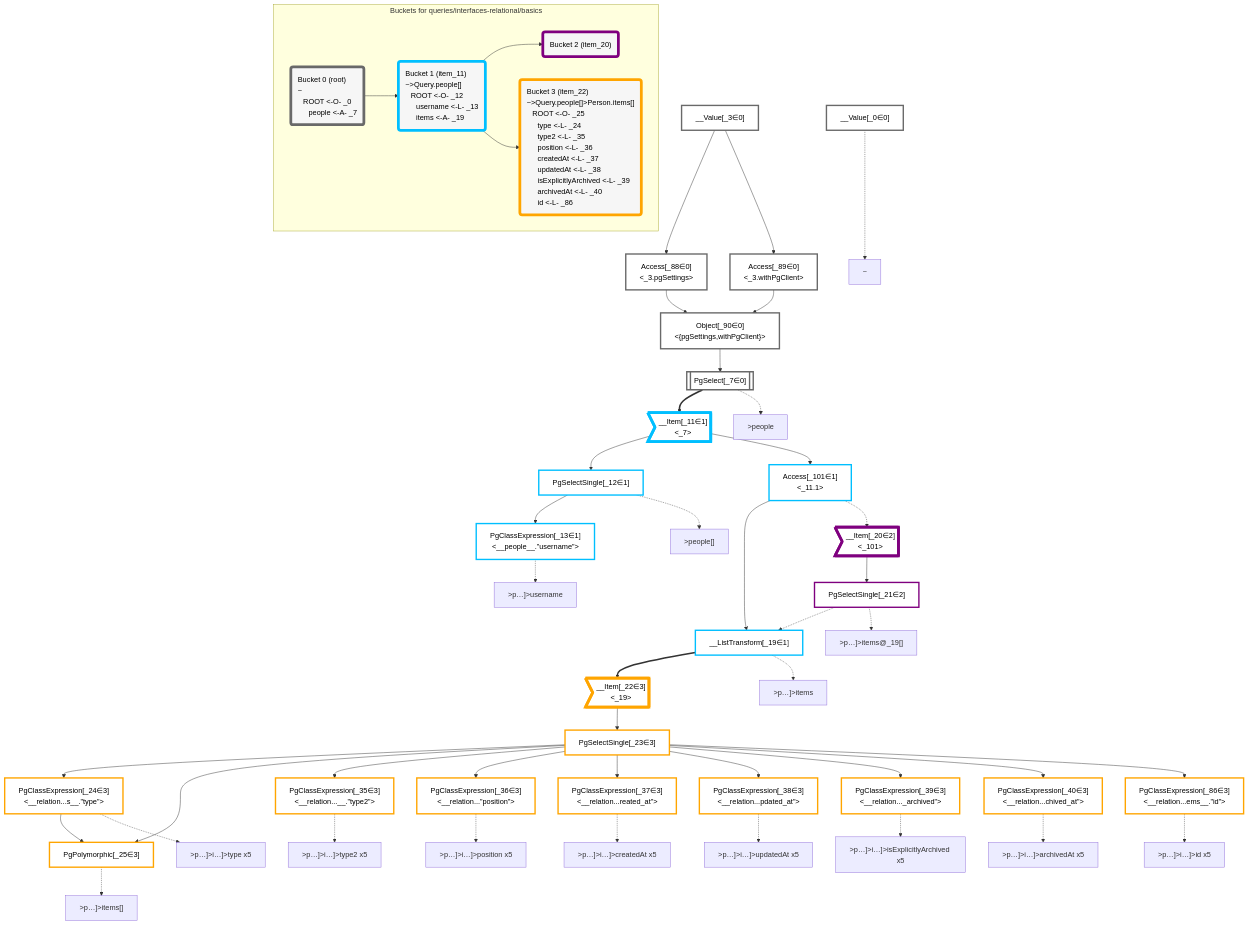
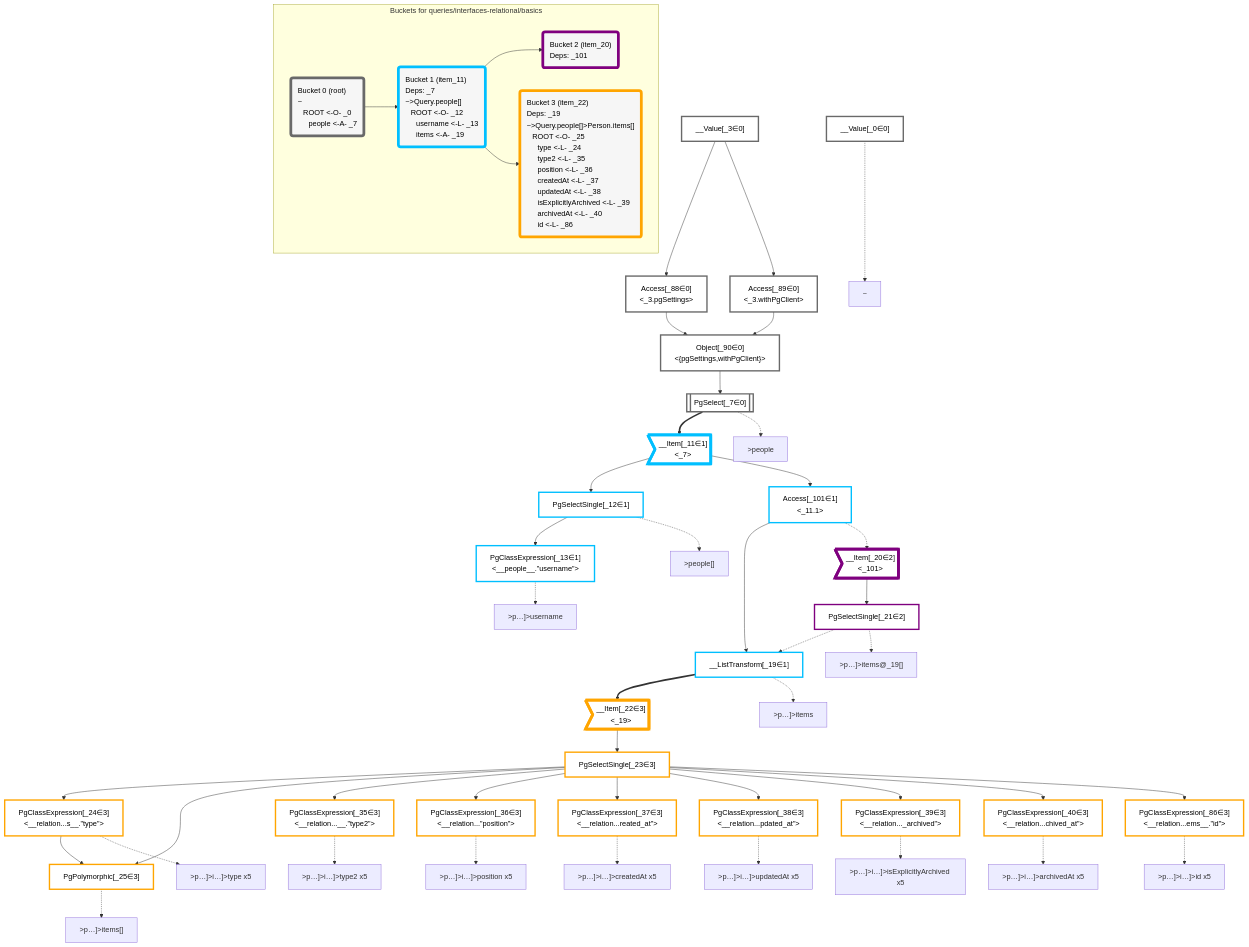
One commit to graphile/crystal changed the diagram in packages/dataplan-pg/__tests__/queries/interfaces-relational/basics.mermaid.md. Above: the diagram before and after it, drawn with Mermaid. The commit also changed 157 other files, not shown here.

Commit message:
Add deps to all query snapshots

```diff
--- a/packages/dataplan-pg/__tests__/queries/interfaces-relational/basics.mermaid.md
+++ b/packages/dataplan-pg/__tests__/queries/interfaces-relational/basics.mermaid.md
@@ -105,13 +105,13 @@
     subgraph "Buckets for queries/interfaces-relational/basics"
     Bucket0("Bucket 0 (root)<br />~<br />⠀ROOT <-O- _0<br />⠀⠀people <-A- _7"):::bucket
     style Bucket0 stroke:#696969
-    Bucket1("Bucket 1 (item_11)<br />~>Query.people[]<br />⠀ROOT <-O- _12<br />⠀⠀username <-L- _13<br />⠀⠀items <-A- _19"):::bucket
+    Bucket1("Bucket 1 (item_11)<br />Deps: _7<br />~>Query.people[]<br />⠀ROOT <-O- _12<br />⠀⠀username <-L- _13<br />⠀⠀items <-A- _19"):::bucket
     style Bucket1 stroke:#00bfff
     Bucket0 --> Bucket1
-    Bucket2("Bucket 2 (item_20)"):::bucket
+    Bucket2("Bucket 2 (item_20)<br />Deps: _101"):::bucket
     style Bucket2 stroke:#7f007f
     Bucket1 --> Bucket2
-    Bucket3("Bucket 3 (item_22)<br />~>Query.people[]>Person.items[]<br />⠀ROOT <-O- _25<br />⠀⠀type <-L- _24<br />⠀⠀type2 <-L- _35<br />⠀⠀position <-L- _36<br />⠀⠀createdAt <-L- _37<br />⠀⠀updatedAt <-L- _38<br />⠀⠀isExplicitlyArchived <-L- _39<br />⠀⠀archivedAt <-L- _40<br />⠀⠀id <-L- _86"):::bucket
+    Bucket3("Bucket 3 (item_22)<br />Deps: _19<br />~>Query.people[]>Person.items[]<br />⠀ROOT <-O- _25<br />⠀⠀type <-L- _24<br />⠀⠀type2 <-L- _35<br />⠀⠀position <-L- _36<br />⠀⠀createdAt <-L- _37<br />⠀⠀updatedAt <-L- _38<br />⠀⠀isExplicitlyArchived <-L- _39<br />⠀⠀archivedAt <-L- _40<br />⠀⠀id <-L- _86"):::bucket
     style Bucket3 stroke:#ffa500
     Bucket1 --> Bucket3
     end
```
